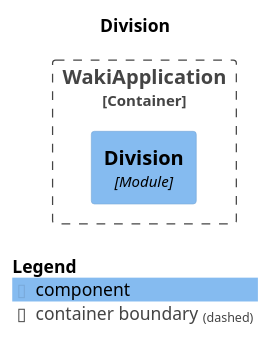
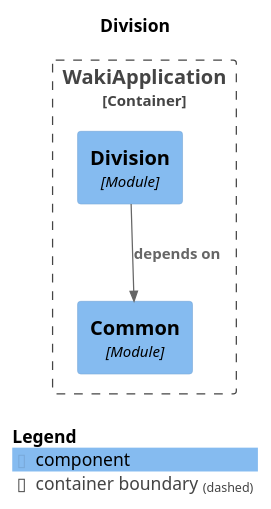
One commit to No-Country-simulation/h2-02-ft-java-react changed the diagram in backend/target/spring-modulith-docs/module-division.puml. Above: the diagram before and after it, drawn with PlantUML. The commit also changed 250 other files, not shown here.

```diff
--- a/backend/target/spring-modulith-docs/module-division.puml
+++ b/backend/target/spring-modulith-docs/module-division.puml
@@ -1,17 +1,19 @@
 @startuml
 set separator none
 title Division
 
 top to bottom direction
 
 !include <C4/C4>
 !include <C4/C4_Context>
 !include <C4/C4_Component>
 
 Container_Boundary("WakiApplication.WakiApplication_boundary", "WakiApplication", $tags="") {
   Component(WakiApplication.WakiApplication.Division, "Division", $techn="Module", $descr="", $tags="", $link="")
+  Component(WakiApplication.WakiApplication.Common, "Common", $techn="Module", $descr="", $tags="", $link="")
 }
 
+Rel(WakiApplication.WakiApplication.Division, WakiApplication.WakiApplication.Common, "depends on", $techn="", $tags="", $link="")
 
 SHOW_LEGEND(true)
 @enduml
```
